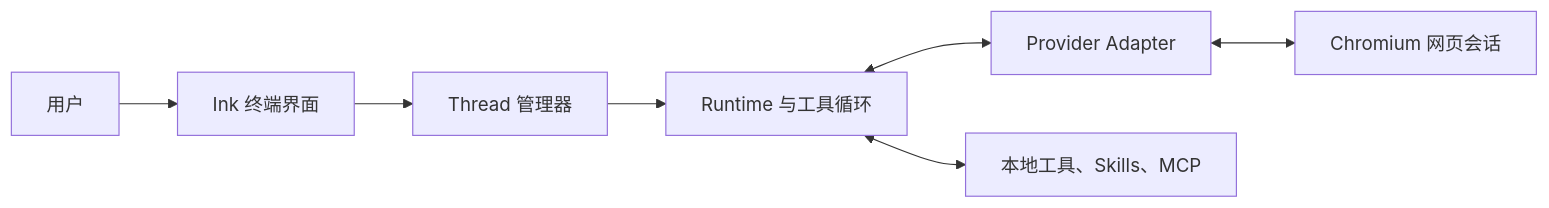
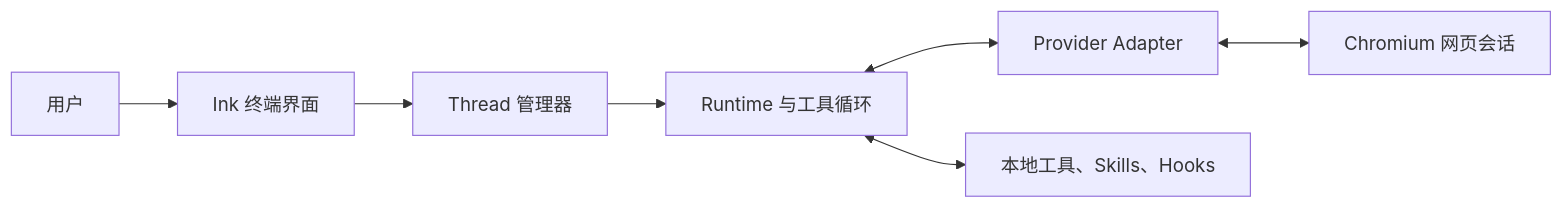
Before and after one commit to kabxx/portal: the diagram in docs/README.zh-CN.md, drawn with Mermaid. The commit also changed other lines of this file and 30 other files, not shown here.

````diff
--- a/docs/README.zh-CN.md
+++ b/docs/README.zh-CN.md
@@ -75,9 +81,9 @@
 ```mermaid
 flowchart LR
     U[用户] --> UI[Ink 终端界面]
     UI --> TM[Thread 管理器]
     TM --> R[Runtime 与工具循环]
     R <--> A[Provider Adapter]
     A <--> B[Chromium 网页会话]
-    R <--> T[本地工具、Skills、MCP]
+    R <--> T[本地工具、Skills、Hooks]
 ```
````
